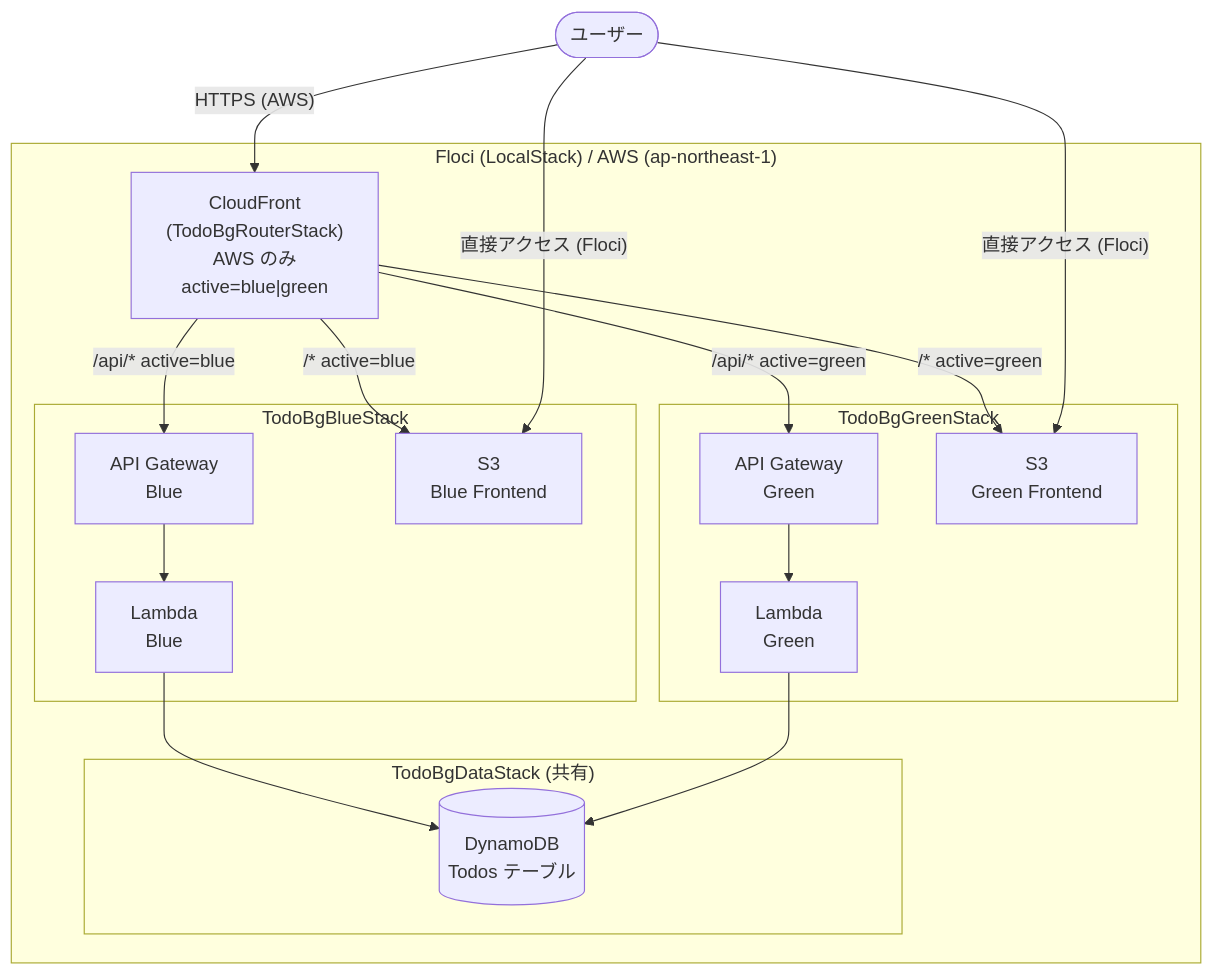
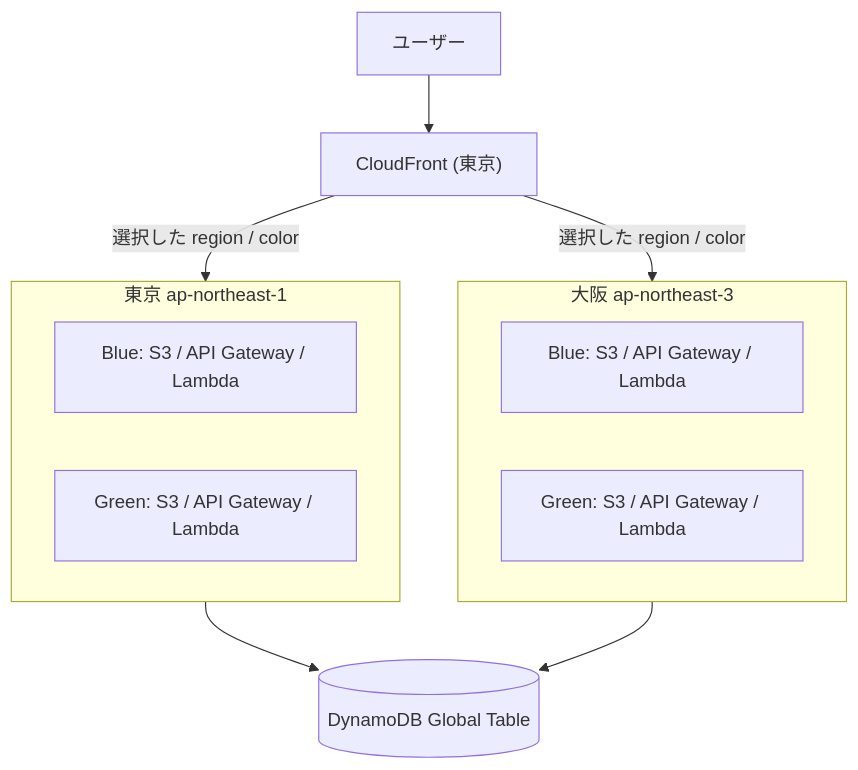
One commit to mashharuki/floci-sample changed the diagram in full-stack-serverless-multi-region-blue-green/README.md. Above: the diagram before and after it, drawn with Mermaid. The commit also changed other lines of this file and 21 other files, not shown here.

````diff
--- a/full-stack-serverless-multi-region-blue-green/README.md
+++ b/full-stack-serverless-multi-region-blue-green/README.md
@@ -28,35 +8,17 @@
 ```mermaid
-graph TB
-  User([ユーザー])
-
-  subgraph Floci["Floci (LocalStack) / AWS (ap-northeast-1)"]
-    CF["CloudFront<br/>(TodoBgRouterStack)<br/>AWS のみ<br/>active=blue|green"]
-
-    subgraph Data["TodoBgDataStack (共有)"]
-      DDB[(DynamoDB<br/>Todos テーブル)]
-    end
-
-    subgraph Blue["TodoBgBlueStack"]
-      APIB["API Gateway<br/>Blue"]
-      LB["Lambda<br/>Blue"]
-      S3B["S3<br/>Blue Frontend"]
-    end
-
-    subgraph Green["TodoBgGreenStack"]
-      APIG["API Gateway<br/>Green"]
-      LG["Lambda<br/>Green"]
-      S3G["S3<br/>Green Frontend"]
-    end
+flowchart TB
+  User["ユーザー"] --> CF["CloudFront (東京)"]
+  CF -->|"選択した region / color"| Tokyo
+  CF -->|"選択した region / color"| Osaka
+  subgraph Tokyo["東京 ap-northeast-1"]
+    TB["Blue: S3 / API Gateway / Lambda"]
+    TG["Green: S3 / API Gateway / Lambda"]
   end
-
-  User -->|"HTTPS (AWS)"| CF
-  CF -->|"/api/* active=blue"| APIB
-  CF -->|"/* active=blue"| S3B
-  CF -->|"/api/* active=green"| APIG
-  CF -->|"/* active=green"| S3G
-
-  User -->|"直接アクセス (Floci)"| S3B
-  User -->|"直接アクセス (Floci)"| S3G
-  APIB --> LB --> DDB
-  APIG --> LG --> DDB
+  subgraph Osaka["大阪 ap-northeast-3"]
+    OB["Blue: S3 / API Gateway / Lambda"]
+    OG["Green: S3 / API Gateway / Lambda"]
+  end
+  DDB[("DynamoDB Global Table")]
+  Tokyo --> DDB
+  Osaka --> DDB
 ```
````
